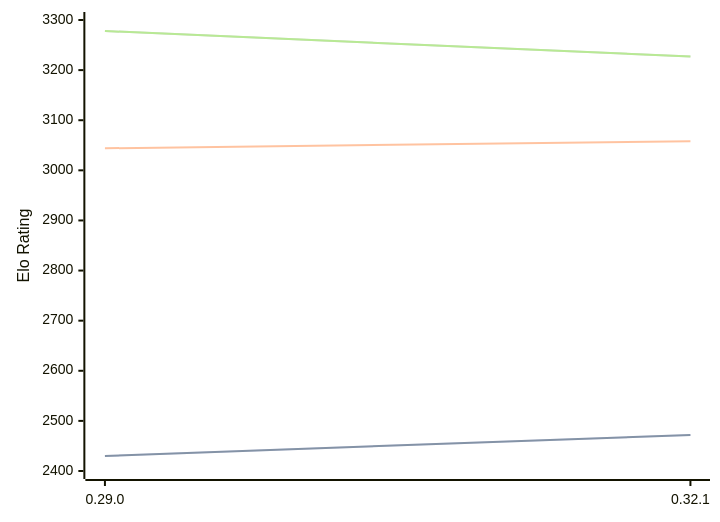
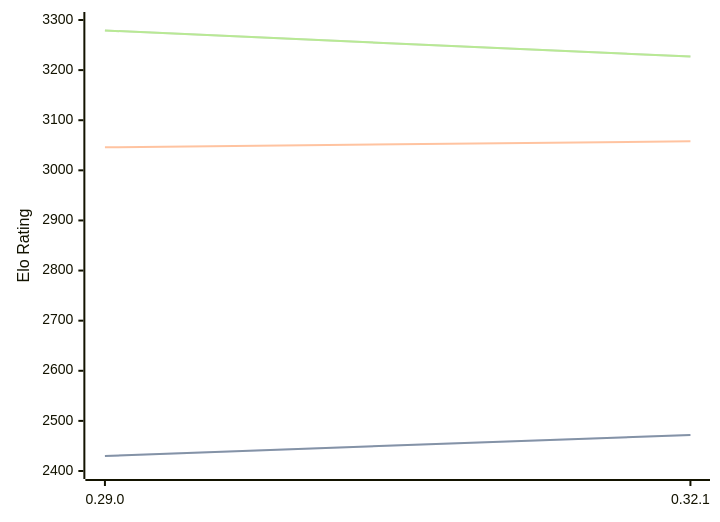
One commit to computer-chess-index/cci changed the diagram in engines/Lc0.md. Above: the diagram before and after it, drawn with Mermaid. The commit also changed other lines of this file, not shown here.

Commit message:
Update CCI Ratings (ELO VLTC) - 2026-05-15

````diff
--- a/engines/Lc0.md
+++ b/engines/Lc0.md
@@ -68,11 +68,11 @@
 ```mermaid
 %%{init: {"theme":"base","themeVariables":{"seriesColors:['#a3a3a3','#222221','#faa371']}}}%%
 xychart-beta
   x-axis ["0.29.0", "0.32.1"]
   y-axis "Elo Rating" 2400 --> 3300
   line "STC (8.0+0.08s)" [2430, 2472]
   line "STC (8.0+0.08s)" [2430, 2472]
-  line "LTC (60.0+0.60s)" [3044, 3058]
-  line "VLTC (2m24s+1.12s)" [3278, 3227]
-  line "VLTC (2m24s+1.12s)" [3278, 3227]
+  line "LTC (60.0+0.60s)" [3046, 3058]
+  line "VLTC (2m24s+1.12s)" [3279, 3227]
+  line "VLTC (2m24s+1.12s)" [3279, 3227]
 ```
````
